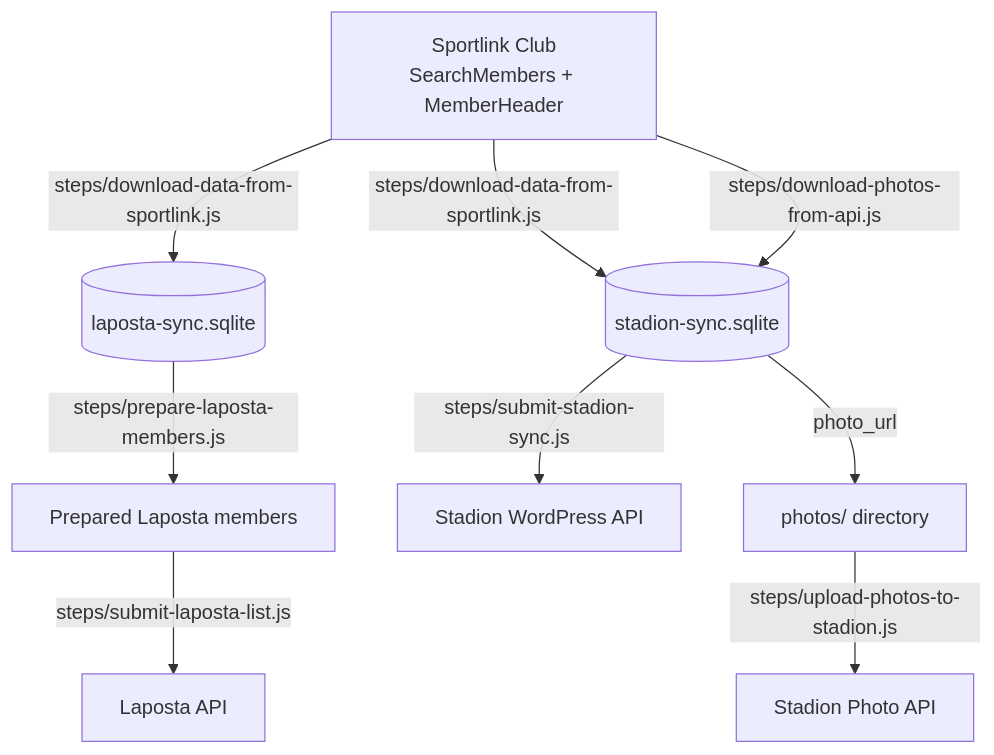
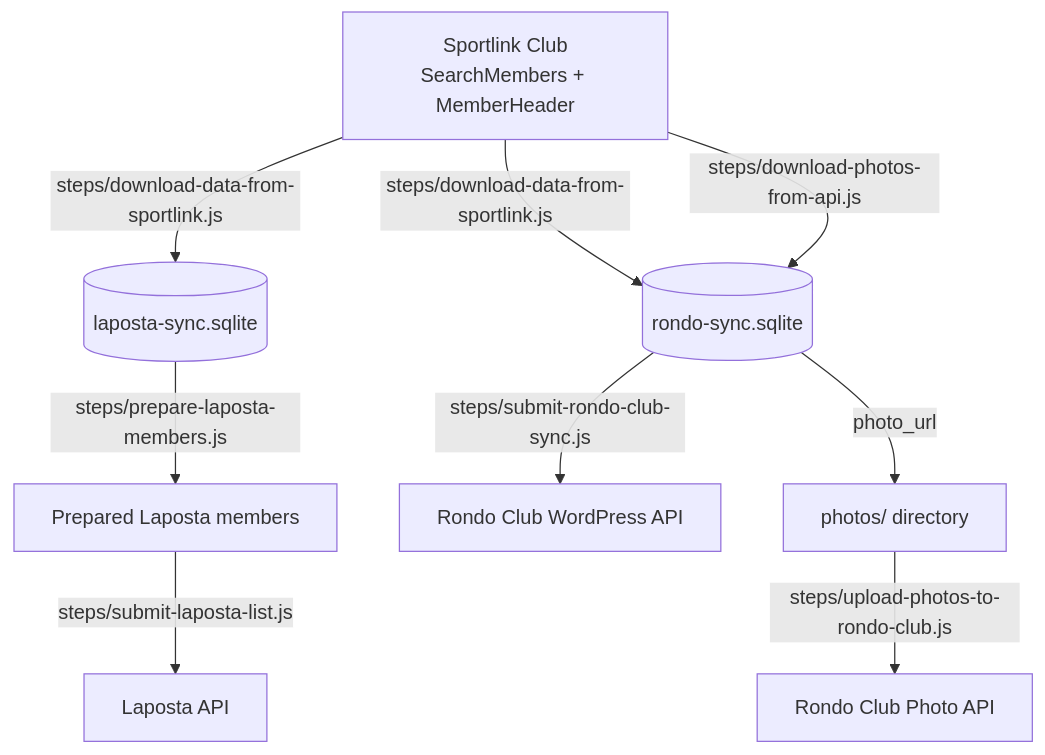
One commit to jdevalk/sportlink-sync changed the second of 8 diagrams in docs/sync-architecture.md. Above: the diagram before and after it, drawn with Mermaid. The commit also changed other lines of this file and 14 other files, not shown here.

First line of the commit message:
docs(04-02): update high-visibility docs from Sportlink Sync to Rondo Sync

````diff
--- a/docs/sync-architecture.md
+++ b/docs/sync-architecture.md
@@ -116,18 +116,18 @@
 ```mermaid
 graph TD
     SL[Sportlink Club<br>SearchMembers + MemberHeader]
     DB1[(laposta-sync.sqlite)]
-    DB2[(stadion-sync.sqlite)]
+    DB2[(rondo-sync.sqlite)]
     LP[Laposta API]
-    ST[Stadion WordPress API]
-    PH[Stadion Photo API]
+    ST[Rondo Club WordPress API]
+    PH[Rondo Club Photo API]
 
     SL -->|steps/download-data-from-sportlink.js| DB1
     SL -->|steps/download-data-from-sportlink.js| DB2
     DB1 -->|steps/prepare-laposta-members.js| LP_PREP[Prepared Laposta members]
     LP_PREP -->|steps/submit-laposta-list.js| LP
-    DB2 -->|steps/submit-stadion-sync.js| ST
+    DB2 -->|steps/submit-rondo-club-sync.js| ST
     SL -->|steps/download-photos-from-api.js| DB2
     DB2 -->|photo_url| PHOTOS[photos/ directory]
-    PHOTOS -->|steps/upload-photos-to-stadion.js| PH
+    PHOTOS -->|steps/upload-photos-to-rondo-club.js| PH
 ```
````
